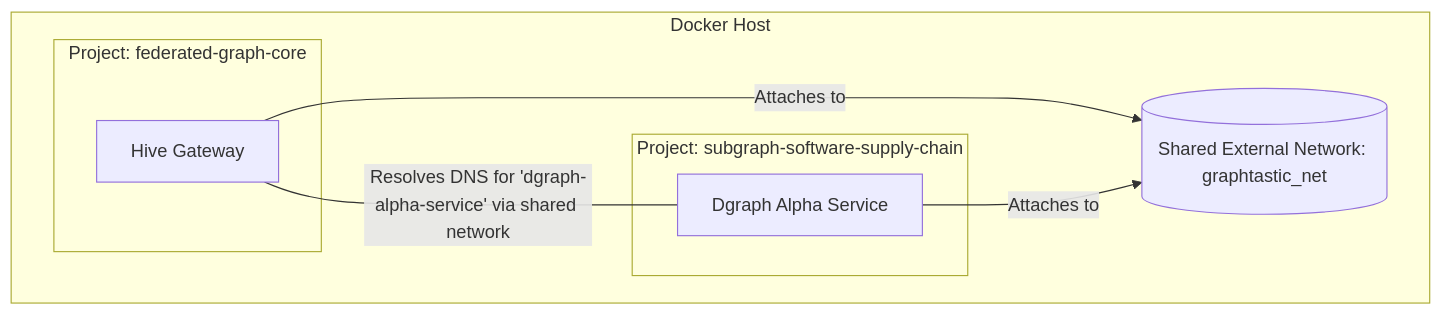
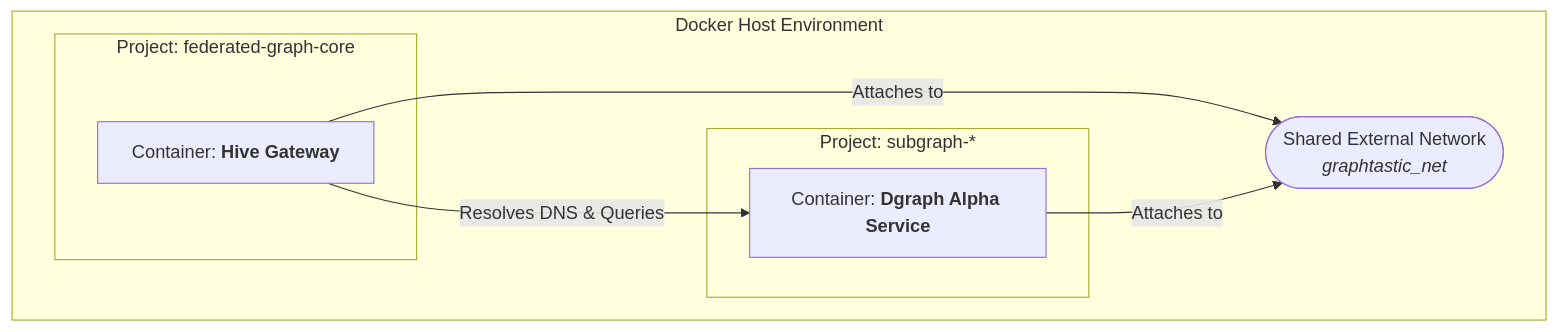
One commit to graphtastic/platform changed the second of 3 diagrams in README.md. Above: the diagram before and after it, drawn with Mermaid. The commit also changed other lines of this file, not shown here.

Commit message:
docs: fixed diagrams in readme.md

````diff
--- a/README.md
+++ b/README.md
@@ -50,18 +37,18 @@
 ```mermaid
 graph TD
-    subgraph "Docker Host"
-        SharedNet[("Shared External Network: graphtastic_net")]
-
+    subgraph "Docker Host Environment"
         subgraph "Project: federated-graph-core"
-            Gateway[Hive Gateway]
+            Gateway["Container: <b>Hive Gateway</b>"]
         end
 
-        subgraph "Project: subgraph-software-supply-chain"
-            Dgraph[Dgraph Alpha Service]
+        subgraph "Project: subgraph-*"
+            SpokeSvc["Container: <b>Dgraph Alpha Service</b>"]
         end
 
-        Gateway -- Attaches to --> SharedNet
-        Dgraph -- Attaches to --> SharedNet
-        Gateway -- "Resolves DNS for 'dgraph-alpha-service' via shared network" --- Dgraph
+        SharedNet([Shared External Network<br/><i>graphtastic_net</i>])
+
+        Gateway -- "Attaches to" --> SharedNet
+        SpokeSvc -- "Attaches to" --> SharedNet
+        Gateway -- "Resolves DNS & Queries" --> SpokeSvc
     end
 ```
````
